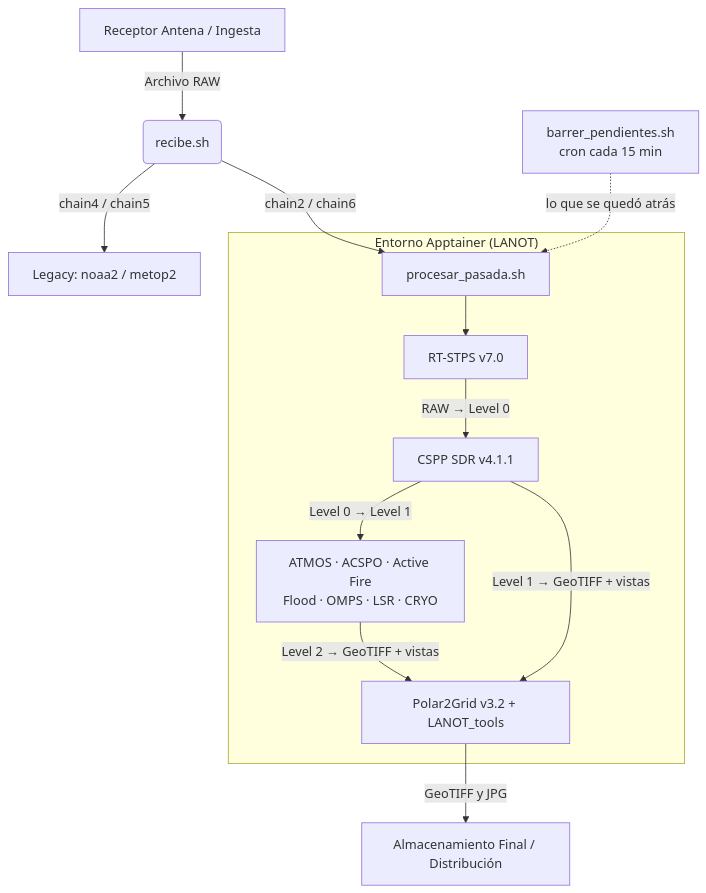
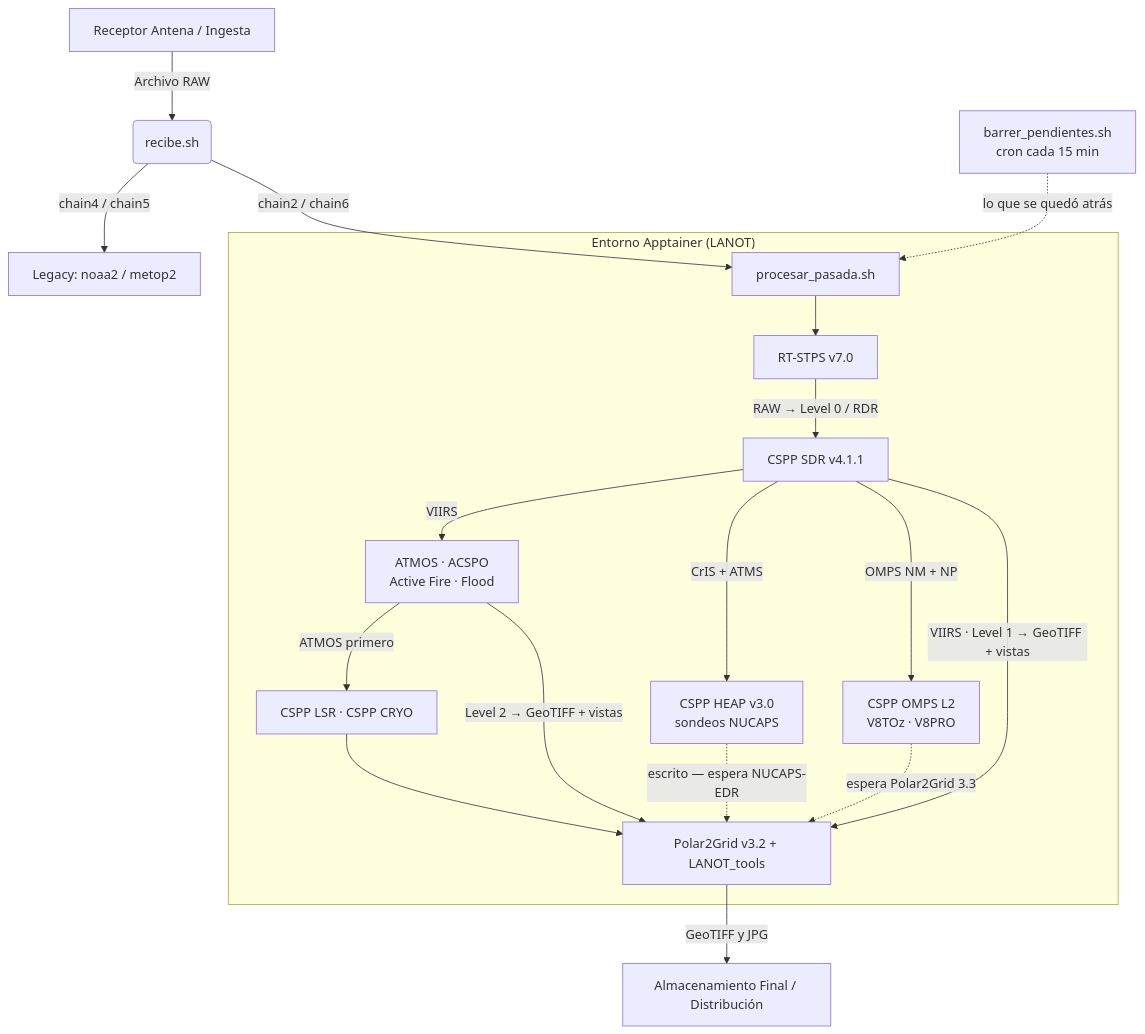
The diagram in README.md (LANOT-UNAM/LANOT_procesamiento_polar), drawn with Mermaid before and after one commit. The commit also changed other lines of this file and 1 other file, not shown here.

First line of the commit message:
El diagrama del README: cuatro ramas de sensor, y NUCAPS aparte

````diff
--- a/README.md
+++ b/README.md
@@ -31,17 +31,26 @@
 ```mermaid
 graph TD
     A[Receptor Antena / Ingesta] -->|Archivo RAW| B(recibe.sh)
     B -->|chain4 / chain5| C[Legacy: noaa2 / metop2]
     B -->|chain2 / chain6| D[procesar_pasada.sh]
     Z[barrer_pendientes.sh<br/>cron cada 15 min] -.->|lo que se quedó atrás| D
 
     subgraph "Entorno Apptainer (LANOT)"
     D --> E[RT-STPS v7.0]
-    E -->|RAW → Level 0| F[CSPP SDR v4.1.1]
-    F -->|Level 0 → Level 1| G[ATMOS · ACSPO · Active Fire<br/>Flood · OMPS · LSR · CRYO]
-    F -->|Level 1 → GeoTIFF + vistas| H[Polar2Grid v3.2 + LANOT_tools]
+    E -->|RAW → Level 0 / RDR| F[CSPP SDR v4.1.1]
+
+    F -->|VIIRS| G[ATMOS · ACSPO<br/>Active Fire · Flood]
+    F -->|CrIS + ATMS| N[CSPP HEAP v3.0<br/>sondeos NUCAPS]
+    F -->|OMPS NM + NP| O[CSPP OMPS L2<br/>V8TOz · V8PRO]
+
+    G -->|ATMOS primero| L[CSPP LSR · CSPP CRYO]
+
+    F -->|VIIRS · Level 1 → GeoTIFF + vistas| H[Polar2Grid v3.2 + LANOT_tools]
     G -->|Level 2 → GeoTIFF + vistas| H
+    L --> H
+    N -.->|escrito — espera NUCAPS-EDR| H
+    O -.->|espera Polar2Grid 3.3| H
     end
 
     H -->|GeoTIFF y JPG| I[Almacenamiento Final / Distribución]
 ```
````
